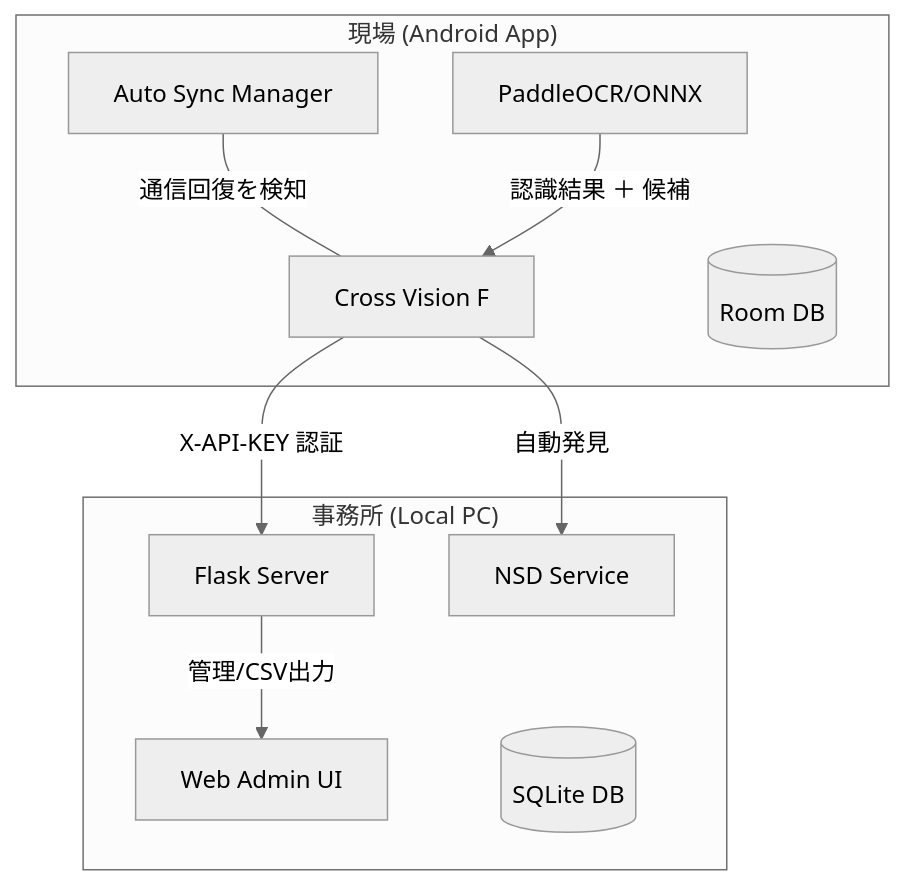
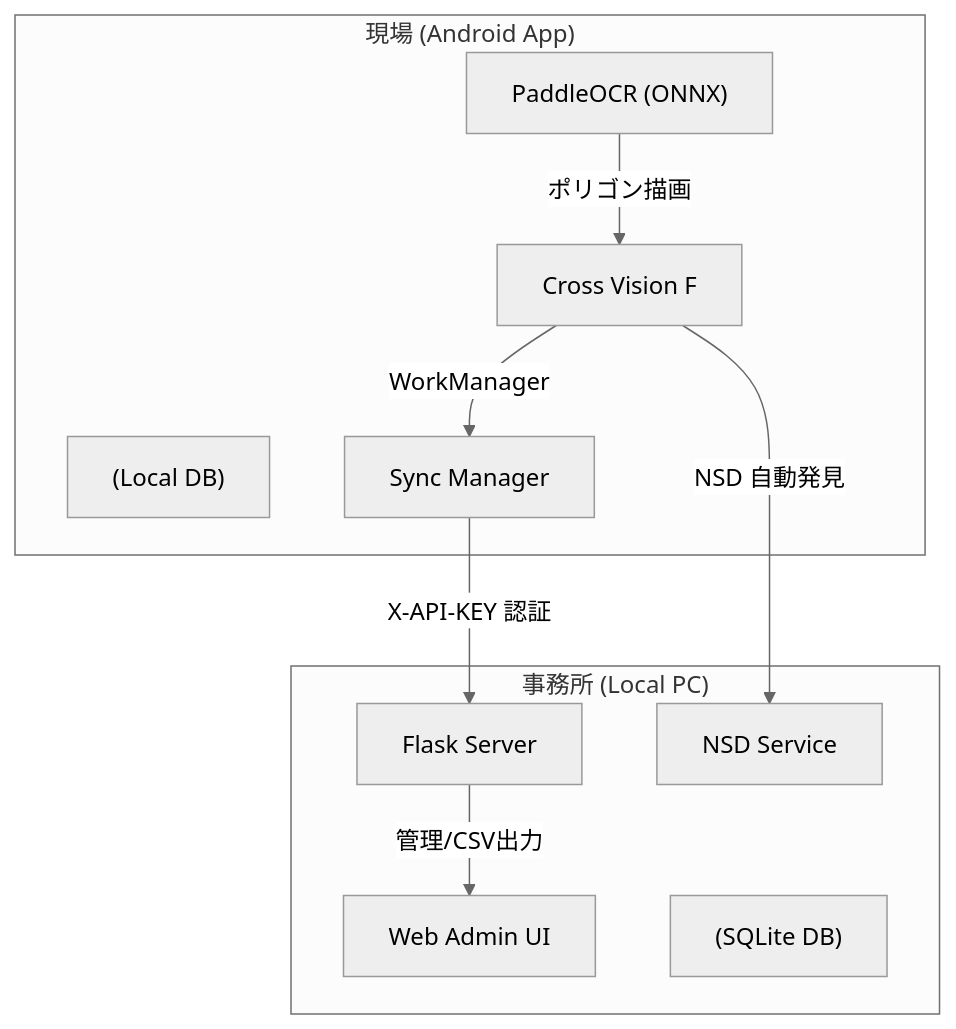
One commit to iput04-isono/Solution changed the diagram in README.md. Above: the diagram before and after it, drawn with Mermaid (neutral theme). The commit also changed other lines of this file, not shown here.

````diff
--- a/README.md
+++ b/README.md
@@ -33,22 +33,22 @@
 ```mermaid
 graph TD
     subgraph "現場 (Android App)"
-        App[Cross Vision F]
-        OCR[PaddleOCR/ONNX]
-        Room[(Room DB)]
-        Sync[Auto Sync Manager]
+        App["Cross Vision F"]
+        OCR["PaddleOCR (ONNX)"]
+        Room["(Local DB)"]
+        SyncMgr["Sync Manager"]
     end
     
     subgraph "事務所 (Local PC)"
-        Server[Flask Server]
-        Admin[Web Admin UI]
-        SQLite[(SQLite DB)]
-        Discovery[NSD Service]
+        Server["Flask Server"]
+        Admin["Web Admin UI"]
+        DB["(SQLite DB)"]
+        NSD["NSD Service"]
     end
 
-    App -- "X-API-KEY 認証" --> Server
-    Sync -- "通信回復を検知" --- App
-    OCR -- "認識結果 ＋ 候補" --> App
-    App -- "自動発見" --> Discovery
+    App -- "NSD 自動発見" --> NSD
+    SyncMgr -- "X-API-KEY 認証" --> Server
+    OCR -- "ポリゴン描画" --> App
+    App -- "WorkManager" --> SyncMgr
     Server -- "管理/CSV出力" --> Admin
 ```
````
